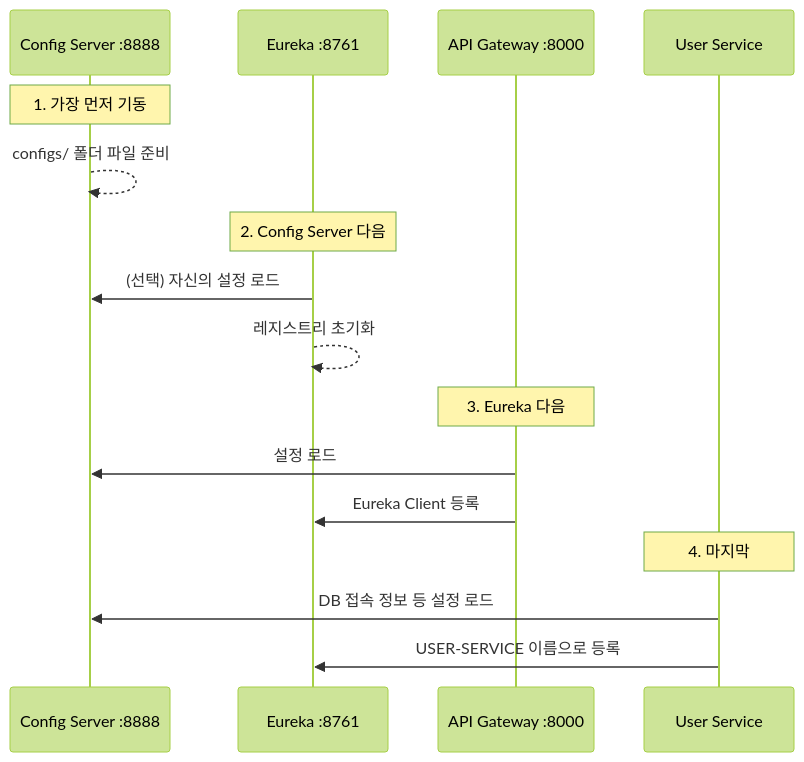
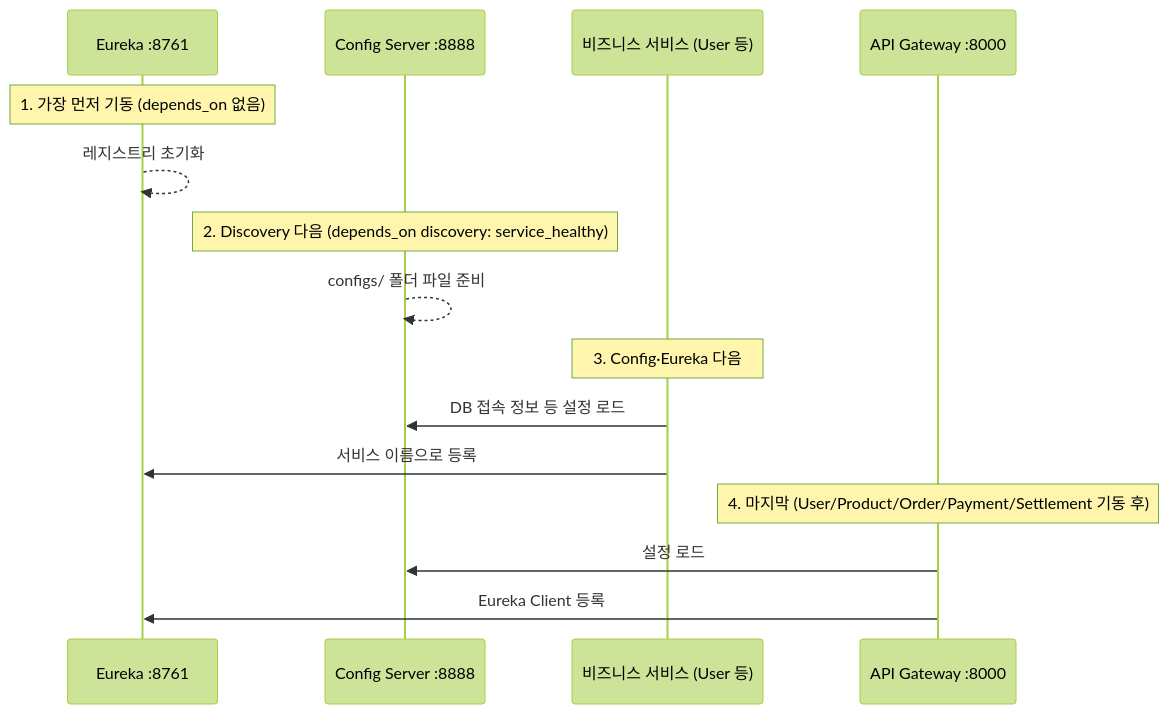
Before and after one commit to prgrms-be-adv-devcourse/beadv6_6_3JMT_BE: the second of 5 diagrams in docs/architecture/spring-cloud.md, drawn with Mermaid (forest theme). The commit also changed other lines of this file and 53 other files, not shown here.

````diff
--- a/docs/architecture/spring-cloud.md
+++ b/docs/architecture/spring-cloud.md
@@ -62,22 +76,21 @@
 ```mermaid
 sequenceDiagram
+    participant EUR as Eureka :8761
     participant CFG as Config Server :8888
-    participant EUR as Eureka :8761
+    participant SVC as 비즈니스 서비스 (User 등)
     participant GW as API Gateway :8000
-    participant SVC as User Service
 
-    Note over CFG: 1. 가장 먼저 기동
+    Note over EUR: 1. 가장 먼저 기동 (depends_on 없음)
+    EUR-->>EUR: 레지스트리 초기화
+
+    Note over CFG: 2. Discovery 다음 (depends_on discovery: service_healthy)
     CFG-->>CFG: configs/ 폴더 파일 준비
 
-    Note over EUR: 2. Config Server 다음
-    EUR->>CFG: (선택) 자신의 설정 로드
-    EUR-->>EUR: 레지스트리 초기화
+    Note over SVC: 3. Config·Eureka 다음
+    SVC->>CFG: DB 접속 정보 등 설정 로드
+    SVC->>EUR: 서비스 이름으로 등록
 
-    Note over GW: 3. Eureka 다음
+    Note over GW: 4. 마지막 (User/Product/Order/Payment/Settlement 기동 후)
     GW->>CFG: 설정 로드
     GW->>EUR: Eureka Client 등록
-
-    Note over SVC: 4. 마지막
-    SVC->>CFG: DB 접속 정보 등 설정 로드
-    SVC->>EUR: USER-SERVICE 이름으로 등록
 ```
````
